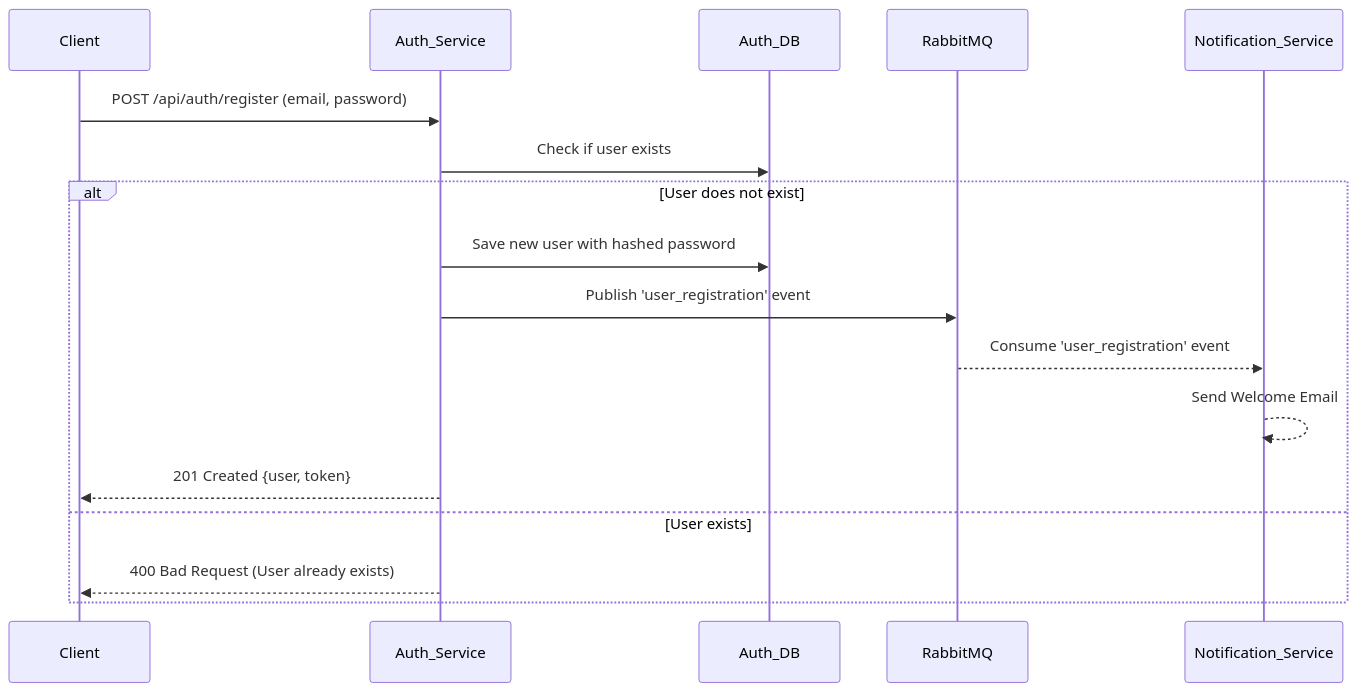
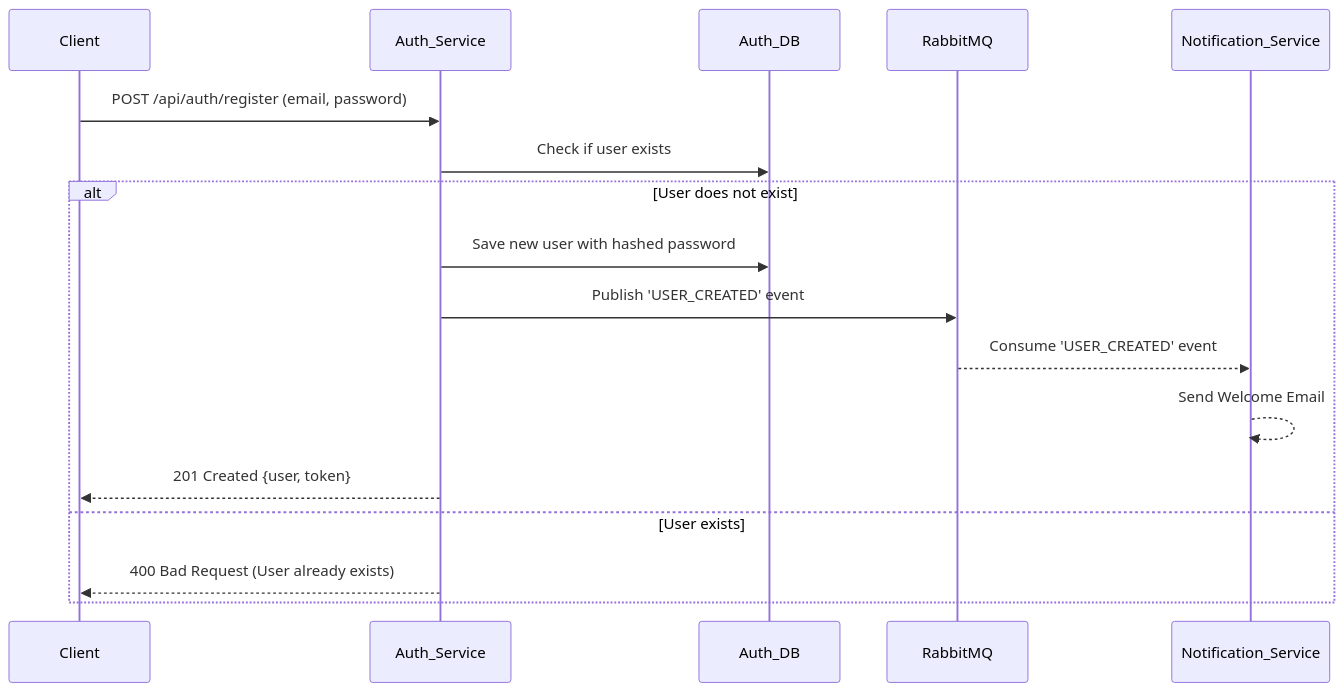
Before and after one commit to priyanshu-samal/sangeet: the second of 3 diagrams in README.md, drawn with Mermaid. The commit also changed other lines of this file, not shown here.

````diff
--- a/README.md
+++ b/README.md
@@ -148,20 +94,20 @@
 ```mermaid
 sequenceDiagram
     participant Client
     participant Auth_Service
     participant Auth_DB
     participant RabbitMQ
     participant Notification_Service
 
     Client->>Auth_Service: POST /api/auth/register (email, password)
     Auth_Service->>Auth_DB: Check if user exists
     alt User does not exist
         Auth_Service->>Auth_DB: Save new user with hashed password
-        Auth_Service->>RabbitMQ: Publish 'user_registration' event
-        RabbitMQ-->>Notification_Service: Consume 'user_registration' event
+        Auth_Service->>RabbitMQ: Publish 'USER_CREATED' event
+        RabbitMQ-->>Notification_Service: Consume 'USER_CREATED' event
         Notification_Service-->>Notification_Service: Send Welcome Email
         Auth_Service-->>Client: 201 Created {user, token}
     else User exists
         Auth_Service-->>Client: 400 Bad Request (User already exists)
     end
 ```
````
